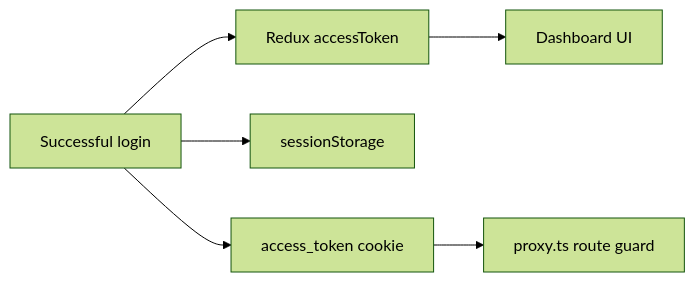
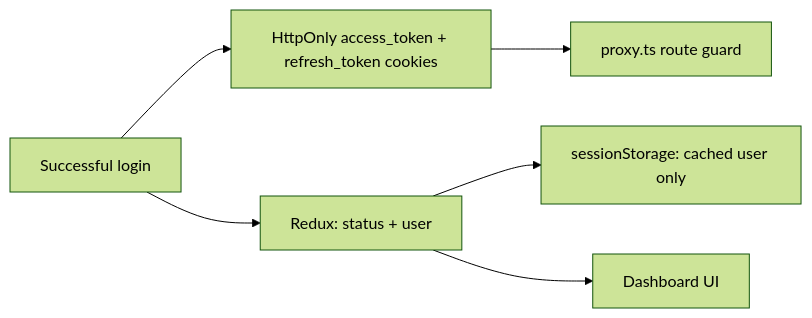
The second of 2 diagrams in doc/features/authentication.md (mansourhaa/matchyplus-site-test-front-end), drawn with Mermaid (forest theme) before and after one commit. The commit also changed other lines of this file and 74 other files, not shown here.

````diff
--- a/doc/features/authentication.md
+++ b/doc/features/authentication.md
@@ -93,8 +107,8 @@
 ```mermaid
 flowchart LR
-    Login[Successful login] --> Redux[Redux accessToken]
-    Login --> SS[sessionStorage]
-    Login --> Cookie[access_token cookie]
-    Cookie --> Proxy[proxy.ts route guard]
+    Login[Successful login] --> Cookies[HttpOnly access_token + refresh_token cookies]
+    Login --> Redux[Redux: status + user]
+    Redux --> SS[sessionStorage: cached user only]
+    Cookies --> Proxy[proxy.ts route guard]
     Redux --> UI[Dashboard UI]
 ```
````
